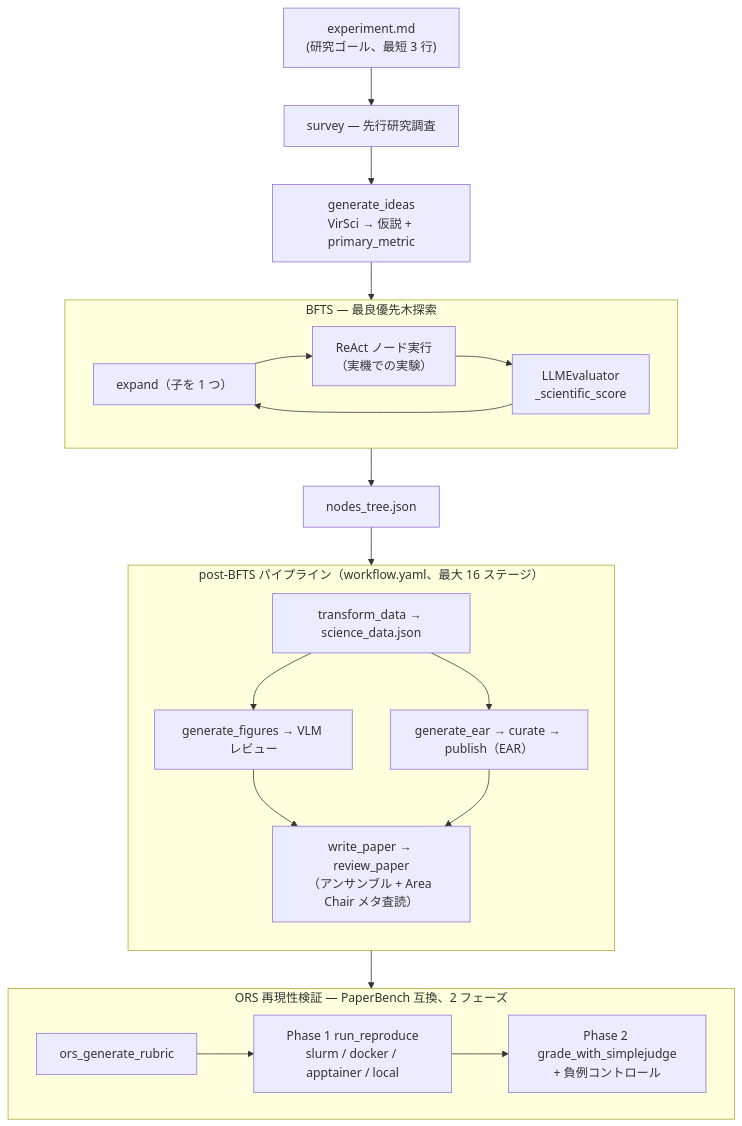
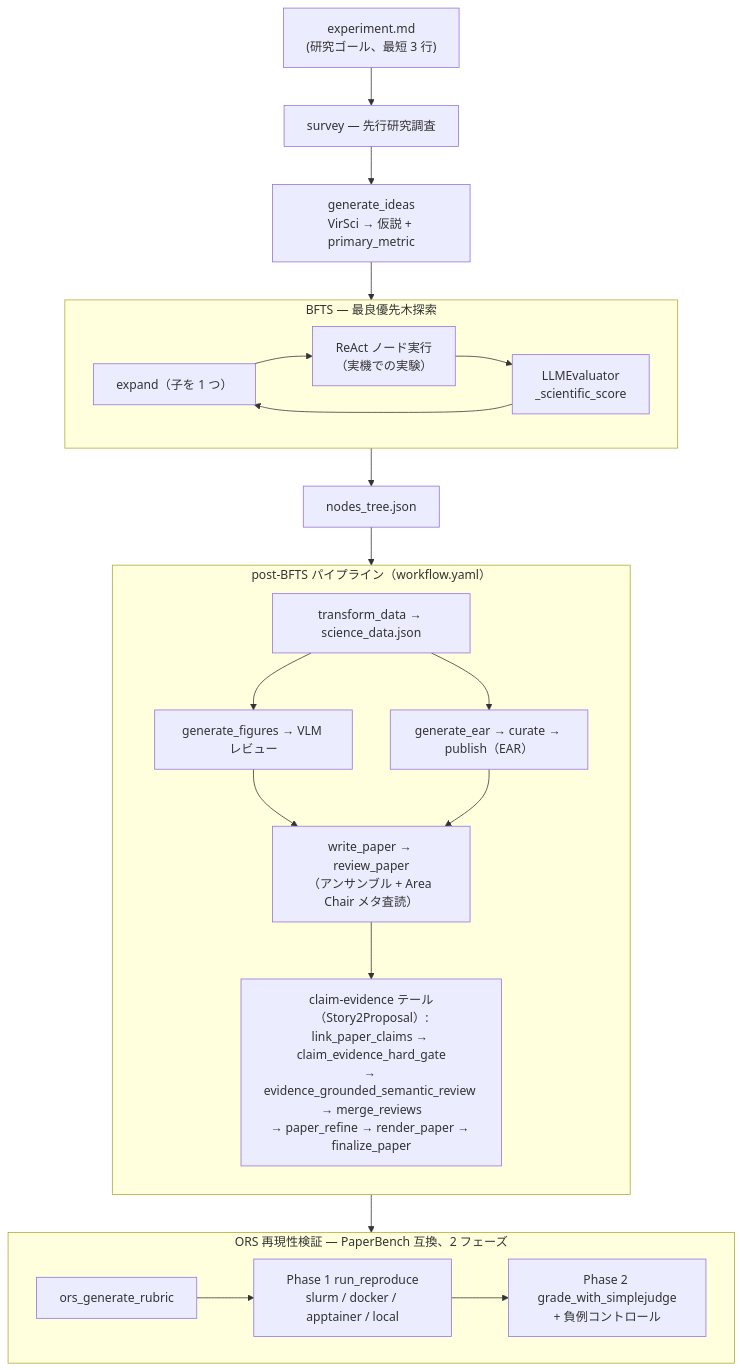
One commit to kotama7/ARI changed the diagram in docs/ja/concepts/architecture.md. Above: the diagram before and after it, drawn with Mermaid. The commit also changed other lines of this file and 93 other files, not shown here.

````diff
--- a/docs/ja/concepts/architecture.md
+++ b/docs/ja/concepts/architecture.md
@@ -48,38 +49,40 @@
 ```mermaid
 flowchart TB
     exp["experiment.md<br/>(研究ゴール、最短 3 行)"]
     exp --> survey["survey — 先行研究調査"]
     survey --> ideas["generate_ideas<br/>VirSci → 仮説 + primary_metric"]
     ideas --> bfts
 
     subgraph bfts["BFTS — 最良優先木探索"]
         direction LR
         expand["expand（子を 1 つ）"] --> run["ReAct ノード実行<br/>（実機での実験）"]
         run --> eval["LLMEvaluator<br/>_scientific_score"]
         eval --> expand
     end
 
     bfts --> tree["nodes_tree.json"]
 
-    subgraph post["post-BFTS パイプライン（workflow.yaml、最大 16 ステージ）"]
+    subgraph post["post-BFTS パイプライン（workflow.yaml）"]
         direction TB
         transform["transform_data → science_data.json"]
         figures["generate_figures → VLM レビュー"]
         paper["write_paper → review_paper<br/>（アンサンブル + Area Chair メタ査読）"]
+        claimtail["claim-evidence テール（Story2Proposal）:<br/>link_paper_claims → claim_evidence_hard_gate<br/>→ evidence_grounded_semantic_review → merge_reviews<br/>→ paper_refine → render_paper → finalize_paper"]
         ear["generate_ear → curate → publish（EAR）"]
         transform --> figures
         transform --> ear
         figures --> paper
         ear --> paper
+        paper --> claimtail
     end
 
     tree --> post
 
     subgraph ors["ORS 再現性検証 — PaperBench 互換、2 フェーズ"]
         direction LR
         rubric["ors_generate_rubric"] --> p1["Phase 1 run_reproduce<br/>slurm / docker / apptainer / local"]
         p1 --> p2["Phase 2 grade_with_simplejudge<br/>+ 負例コントロール"]
     end
 
     post --> ors
 ```
````
